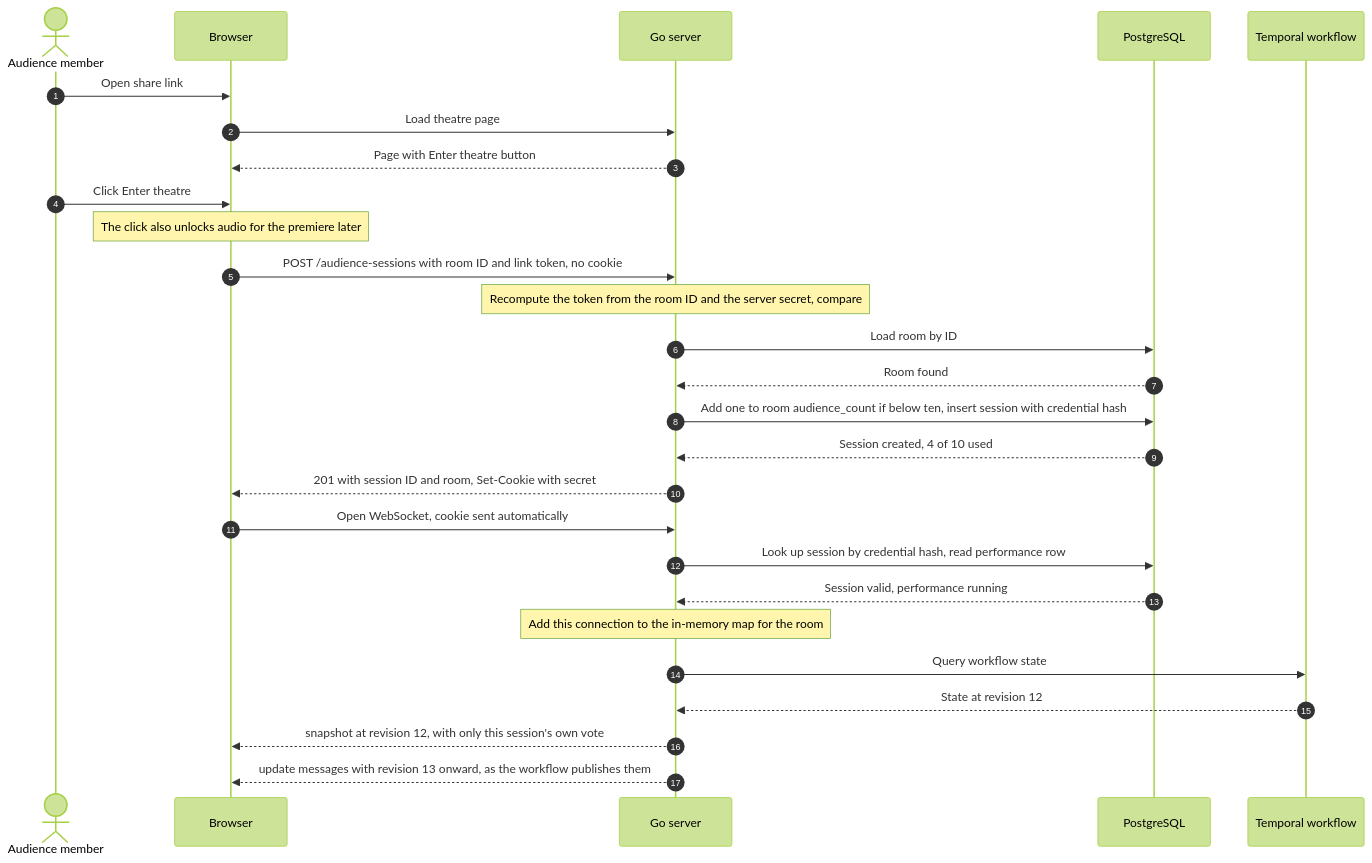
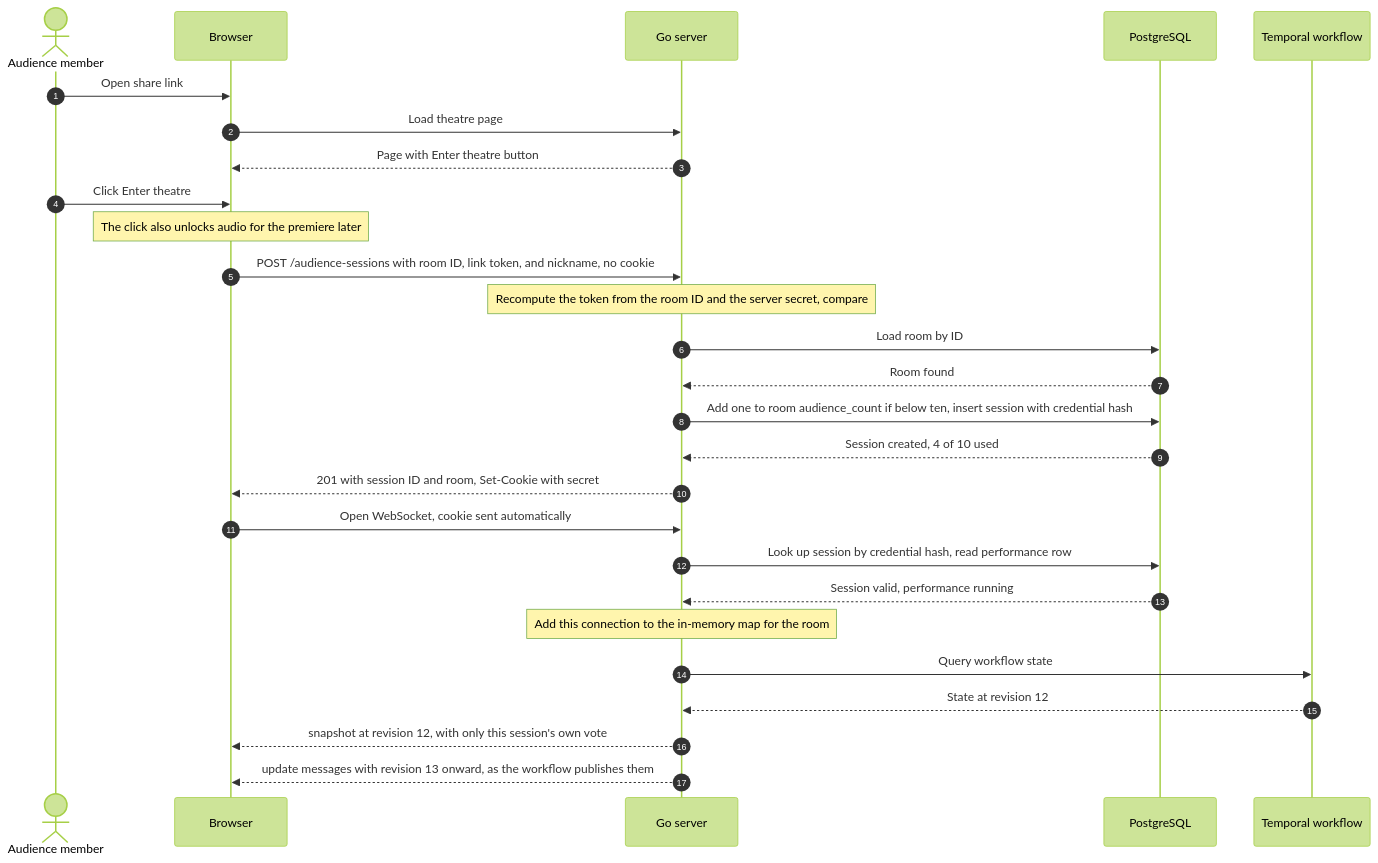
Before and after one commit to conghan-tay/MonsterTheatre_01: the first of 3 diagrams in docs/audience-session.md, drawn with Mermaid (forest theme). The commit also changed other lines of this file and 29 other files, not shown here.

````diff
--- a/docs/audience-session.md
+++ b/docs/audience-session.md
@@ -83,30 +84,30 @@
 ```mermaid
 sequenceDiagram
     autonumber
     actor A as Audience member
     participant B as Browser
     participant S as Go server
     participant DB as PostgreSQL
     participant T as Temporal workflow
 
     A->>B: Open share link
     B->>S: Load theatre page
     S-->>B: Page with Enter theatre button
     A->>B: Click Enter theatre
     Note over B: The click also unlocks audio for the premiere later
-    B->>S: POST /audience-sessions with room ID and link token, no cookie
+    B->>S: POST /audience-sessions with room ID, link token, and nickname, no cookie
     Note over S: Recompute the token from the room ID and the server secret, compare
     S->>DB: Load room by ID
     DB-->>S: Room found
     S->>DB: Add one to room audience_count if below ten, insert session with credential hash
     DB-->>S: Session created, 4 of 10 used
     S-->>B: 201 with session ID and room, Set-Cookie with secret
     B->>S: Open WebSocket, cookie sent automatically
     S->>DB: Look up session by credential hash, read performance row
     DB-->>S: Session valid, performance running
     Note over S: Add this connection to the in-memory map for the room
     S->>T: Query workflow state
     T-->>S: State at revision 12
     S-->>B: snapshot at revision 12, with only this session's own vote
     S-->>B: update messages with revision 13 onward, as the workflow publishes them
 ```
````
